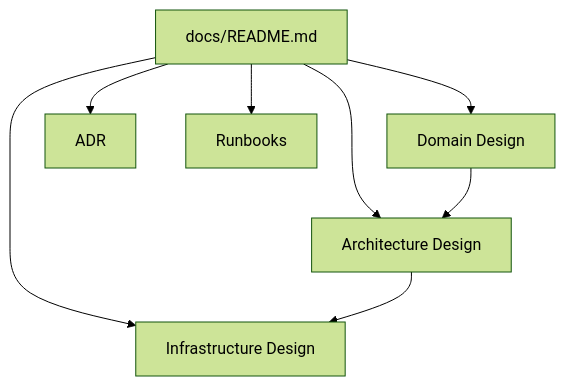
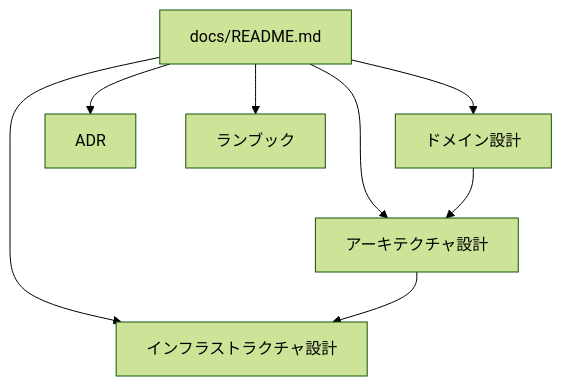
The first of 3 diagrams in docs/README.md (ojiverse/datawarehouse), drawn with Mermaid (forest theme) before and after one commit. The commit also changed other lines of this file and 3 other files, not shown here.

````diff
--- a/docs/README.md
+++ b/docs/README.md
@@ -9,18 +9,18 @@
 ```mermaid
 flowchart TD
     R[docs/README.md]
-    D[Domain Design]
-    A[Architecture Design]
-    I[Infrastructure Design]
+    D[ドメイン設計]
+    A[アーキテクチャ設計]
+    I[インフラストラクチャ設計]
     ADR[ADR]
-    RB[Runbooks]
+    RB[ランブック]
 
     R --> D
     R --> A
     R --> I
     R --> ADR
     R --> RB
 
     D --> A
     A --> I
 ```
````
